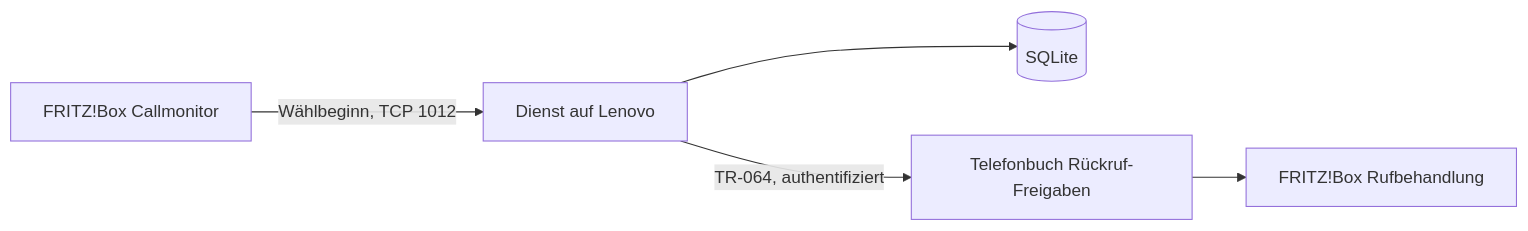
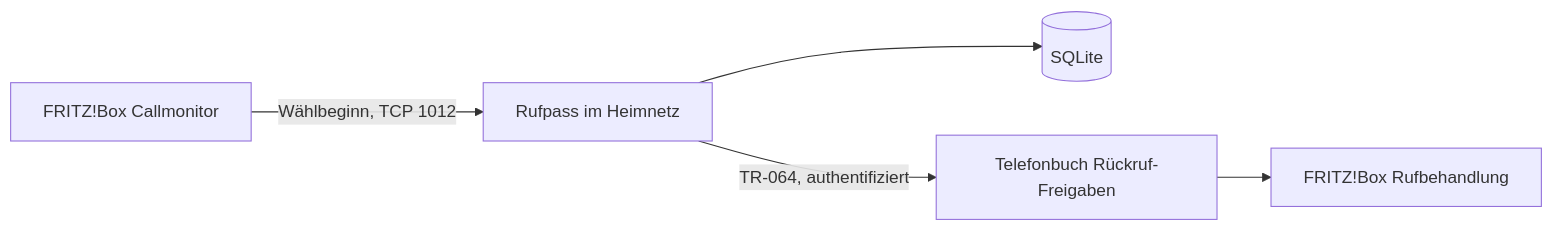
Before and after one commit to maxglas/Rufpass: the diagram in docs/architecture.md, drawn with Mermaid. The commit also changed other lines of this file and 5 other files, not shown here.

````diff
--- a/docs/architecture.md
+++ b/docs/architecture.md
@@ -5,7 +5,7 @@
 ```mermaid
 flowchart LR
-    F[FRITZ!Box Callmonitor] -->|Wählbeginn, TCP 1012| D[Dienst auf Lenovo]
+    F[FRITZ!Box Callmonitor] -->|Wählbeginn, TCP 1012| D[Rufpass im Heimnetz]
     D --> S[(SQLite)]
     D -->|TR-064, authentifiziert| P[Telefonbuch Rückruf-Freigaben]
     P --> R[FRITZ!Box Rufbehandlung]
 ```
````
